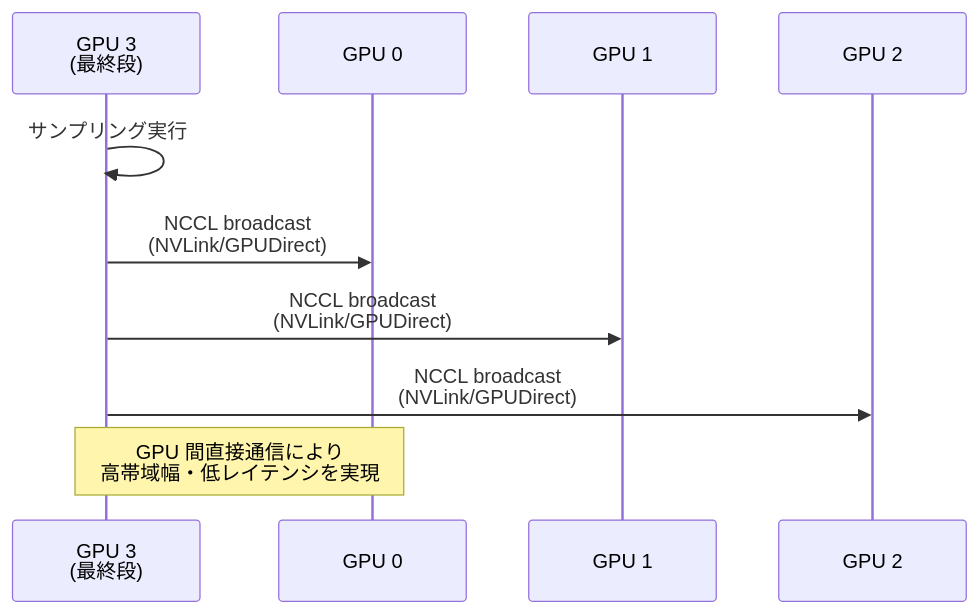
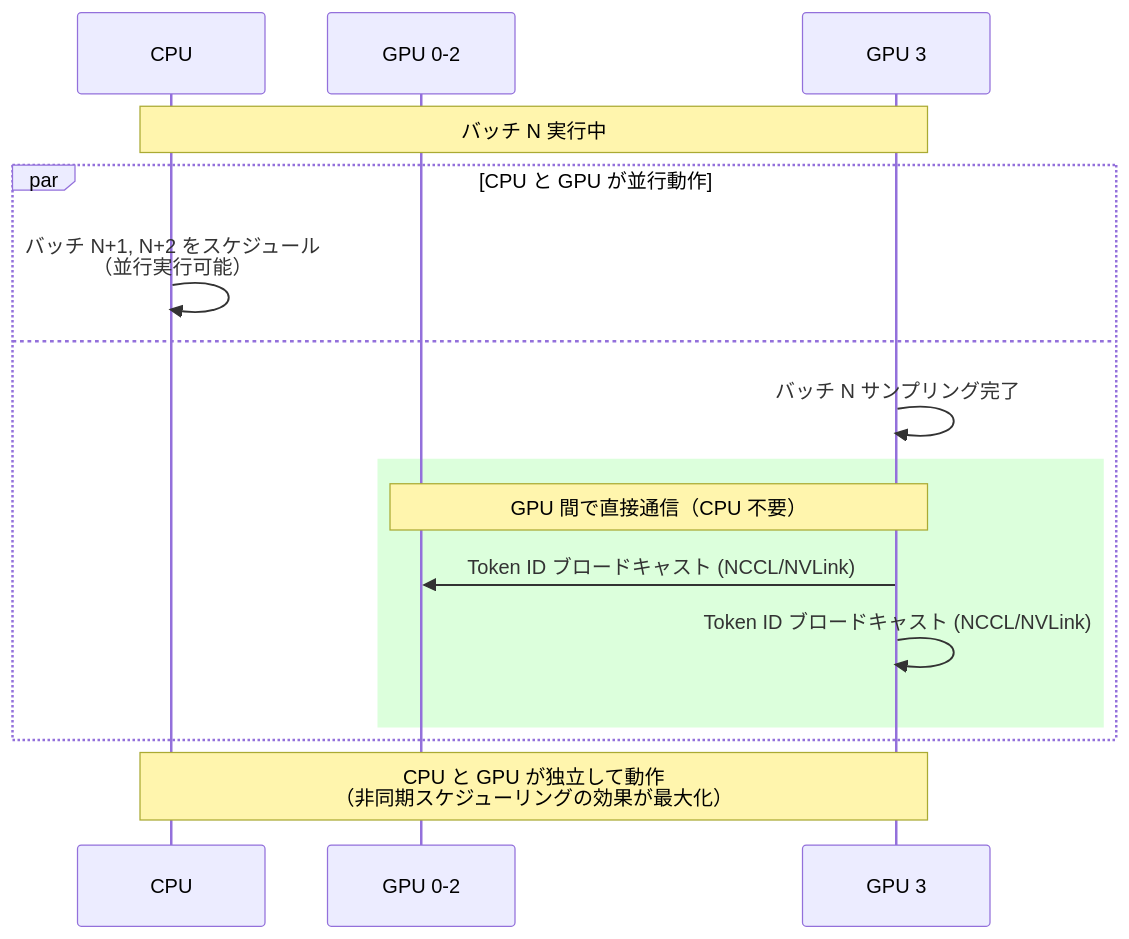
One commit to littlemex/zenn changed the sixth of 11 diagrams in articles/d2ed7115cf4578.md. Above: the diagram before and after it, drawn with Mermaid. The commit also changed other lines of this file, not shown here.

````diff
--- a/articles/d2ed7115cf4578.md
+++ b/articles/d2ed7115cf4578.md
@@ -409,14 +310,20 @@
 ```mermaid
 sequenceDiagram
-    participant GPU3 as GPU 3<br/>(最終段)
-    participant GPU0 as GPU 0
-    participant GPU1 as GPU 1
-    participant GPU2 as GPU 2
+    participant CPU
+    participant GPU0 as GPU 0-2
+    participant GPU3 as GPU 3
 
-    GPU3->>GPU3: サンプリング実行
-    GPU3->>GPU0: NCCL broadcast<br/>(NVLink/GPUDirect)
-    GPU3->>GPU1: NCCL broadcast<br/>(NVLink/GPUDirect)
-    GPU3->>GPU2: NCCL broadcast<br/>(NVLink/GPUDirect)
+    Note over CPU,GPU3: バッチ N 実行中
+    par CPU と GPU が並行動作
+        CPU->>CPU: バッチ N+1, N+2 をスケジュール<br/>（並行実行可能）
+    and
+        GPU3->>GPU3: バッチ N サンプリング完了
+        rect rgb(220, 255, 220)
+            Note over GPU0,GPU3: GPU 間で直接通信（CPU 不要）
+            GPU3->>GPU0: Token ID ブロードキャスト (NCCL/NVLink)
+            GPU3->>GPU3: Token ID ブロードキャスト (NCCL/NVLink)
+        end
+    end
 
-    Note over GPU3,GPU0: GPU 間直接通信により<br/>高帯域幅・低レイテンシを実現
+    Note over CPU,GPU3: CPU と GPU が独立して動作<br/>（非同期スケジューリングの効果が最大化）
 ```
````
